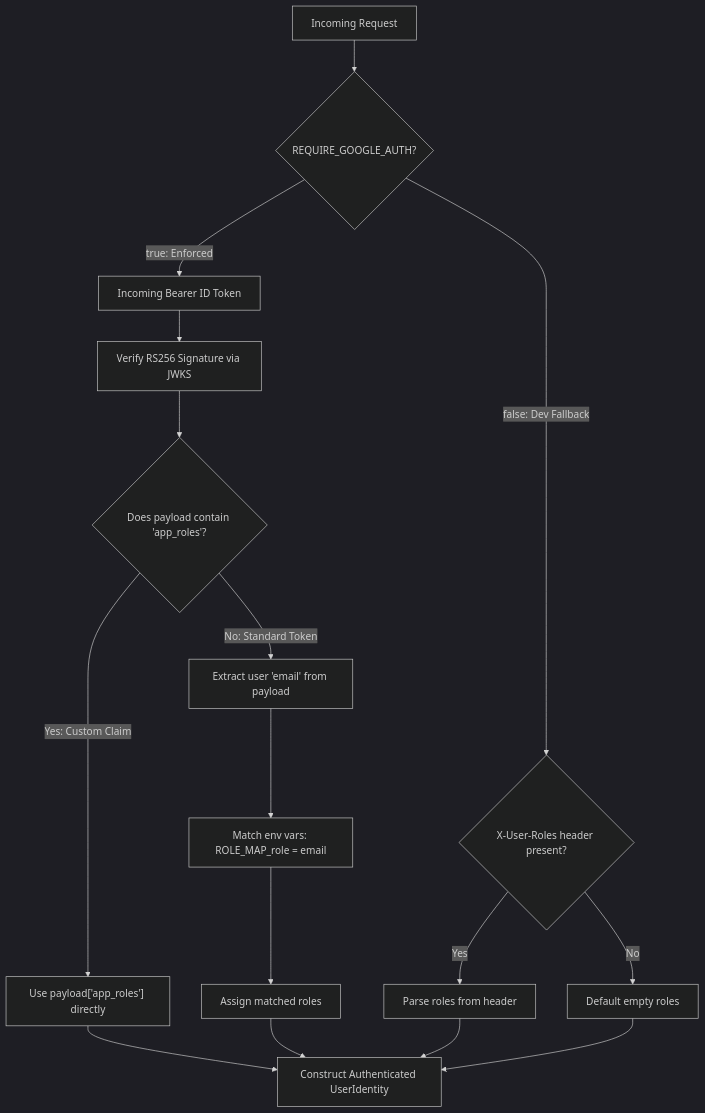
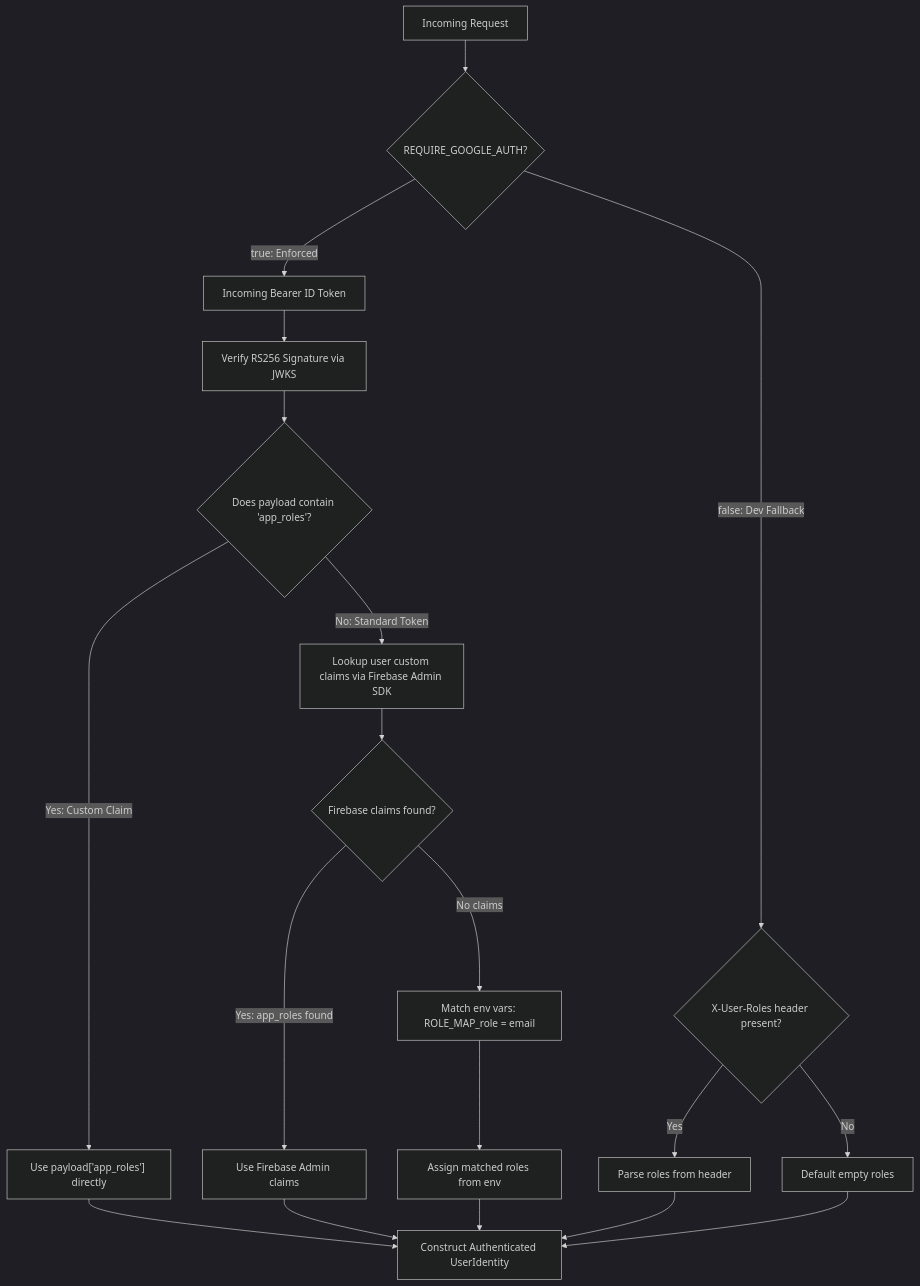
The second of 3 diagrams in project_technical_guide.md (Kenono2000/enterprise-rag-pgvector-rbac), drawn with Mermaid (dark theme) before and after one commit. The commit also changed other lines of this file and 1 other file, not shown here.

Commit message:
Refactor role mapping logic in project technical guide
- Updated flowchart to reflect new role assignment process using Firebase Admin SDK for custom claims.
- Replaced standard email fallback with Firebase claims lookup for enhanced role management.
- Adjusted fallback mechanisms for environments without Firebase service account keys.
- Clarified documentation on role mapping priorities and fallback strategies.

````diff
--- a/project_technical_guide.md
+++ b/project_technical_guide.md
@@ -238,21 +238,24 @@
 ```mermaid
 flowchart TD
     Req[Incoming Request] --> AuthMode{REQUIRE_GOOGLE_AUTH?}
     
     AuthMode -->|true: Enforced| A[Incoming Bearer ID Token]
     A --> B[Verify RS256 Signature via JWKS]
     B --> C{"Does payload contain 'app_roles'?"}
     C -->|Yes: Custom Claim| D["Use payload['app_roles'] directly"]
-    C -->|No: Standard Token| E["Extract user 'email' from payload"]
-    E --> F["Match env vars: ROLE_MAP_role = email"]
-    F --> G[Assign matched roles]
+    C -->|No: Standard Token| E["Lookup user custom claims via Firebase Admin SDK"]
+    E --> F{"Firebase claims found?"}
+    F -->|Yes: app_roles found| G["Use Firebase Admin claims"]
+    F -->|No claims| H["Match env vars: ROLE_MAP_role = email"]
+    H --> I[Assign matched roles from env]
     
-    AuthMode -->|false: Dev Fallback| H{"X-User-Roles header present?"}
-    H -->|Yes| J[Parse roles from header]
-    H -->|No| K[Default empty roles]
+    AuthMode -->|false: Dev Fallback| J{"X-User-Roles header present?"}
+    J -->|Yes| K[Parse roles from header]
+    J -->|No| L[Default empty roles]
     
     D --> UserIdentity[Construct Authenticated UserIdentity]
     G --> UserIdentity
-    J --> UserIdentity
+    I --> UserIdentity
     K --> UserIdentity
+    L --> UserIdentity
 ```
````
